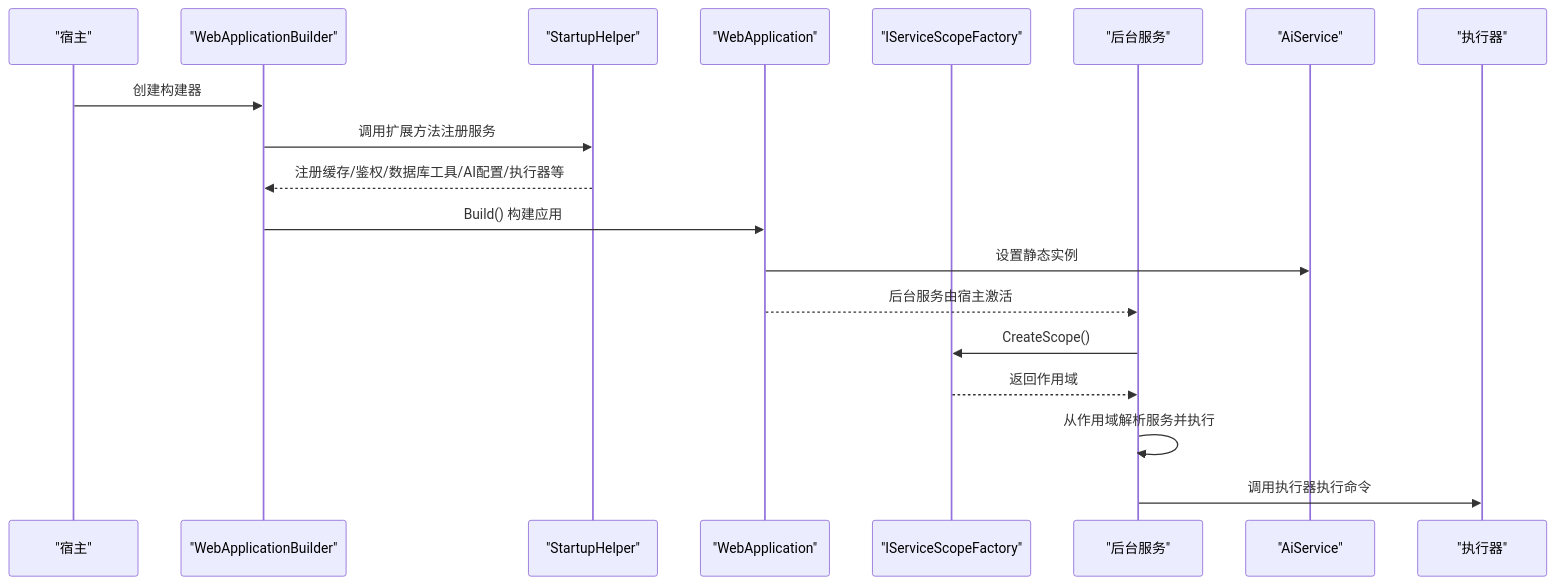
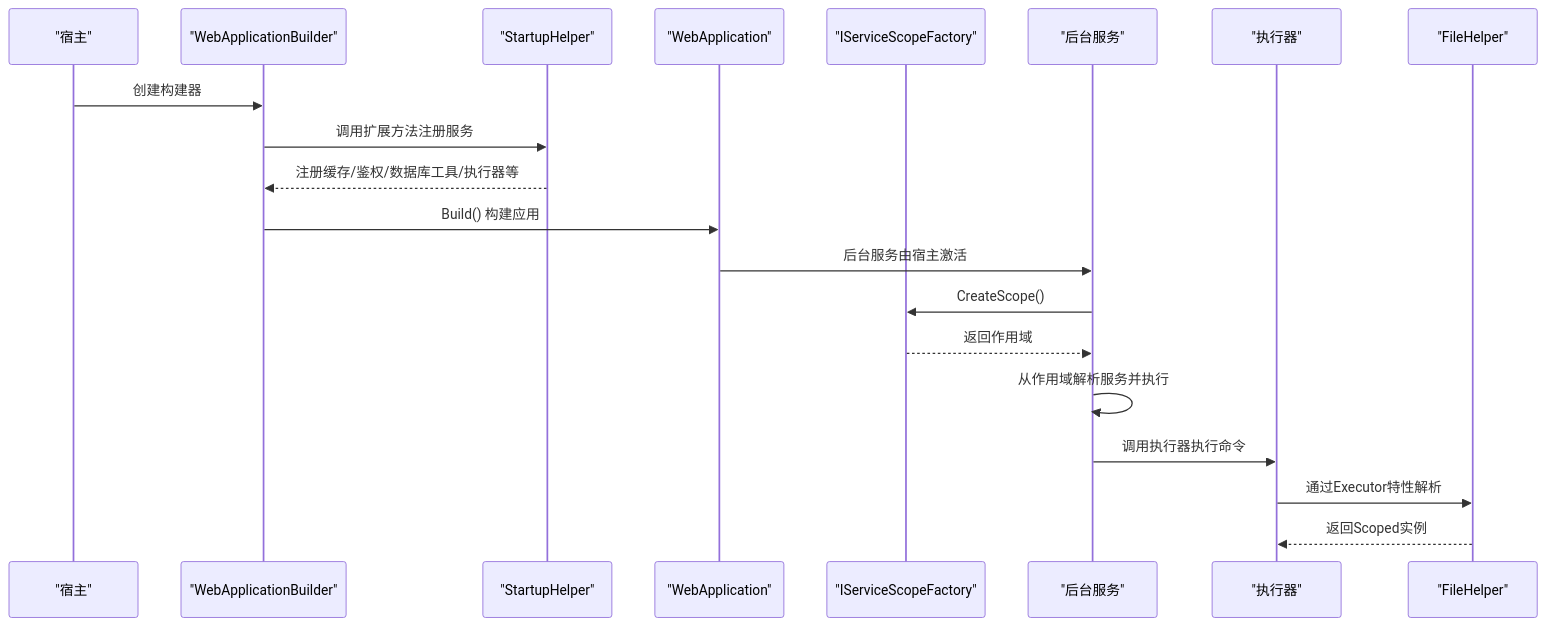
One commit to Sosososolong/AirGo changed the second of 5 diagrams in .qoder/repowiki/zh/content/核心架构设计/依赖注入容器.md. Above: the diagram before and after it, drawn with Mermaid. The commit also changed other lines of this file and 13 other files, not shown here.

````diff
--- a/.qoder/repowiki/zh/content/核心架构设计/依赖注入容器.md
+++ b/.qoder/repowiki/zh/content/核心架构设计/依赖注入容器.md
@@ -120,21 +120,22 @@
 ```mermaid
 sequenceDiagram
 participant Host as "宿主"
 participant Builder as "WebApplicationBuilder"
 participant Helper as "StartupHelper"
 participant App as "WebApplication"
 participant ScopeFactory as "IServiceScopeFactory"
 participant BG as "后台服务"
-participant AiService as "AiService"
 participant Exec as "执行器"
+participant FileHelper as "FileHelper"
 Host->>Builder : 创建构建器
 Builder->>Helper : 调用扩展方法注册服务
-Helper-->>Builder : 注册缓存/鉴权/数据库工具/AI配置/执行器等
+Helper-->>Builder : 注册缓存/鉴权/数据库工具/执行器等
 Builder->>App : Build() 构建应用
-App->>AiService : 设置静态实例
-App-->>BG : 后台服务由宿主激活
+App->>BG : 后台服务由宿主激活
 BG->>ScopeFactory : CreateScope()
 ScopeFactory-->>BG : 返回作用域
 BG->>BG : 从作用域解析服务并执行
 BG->>Exec : 调用执行器执行命令
+Exec->>FileHelper : 通过Executor特性解析
+FileHelper-->>Exec : 返回Scoped实例
 ```
````
